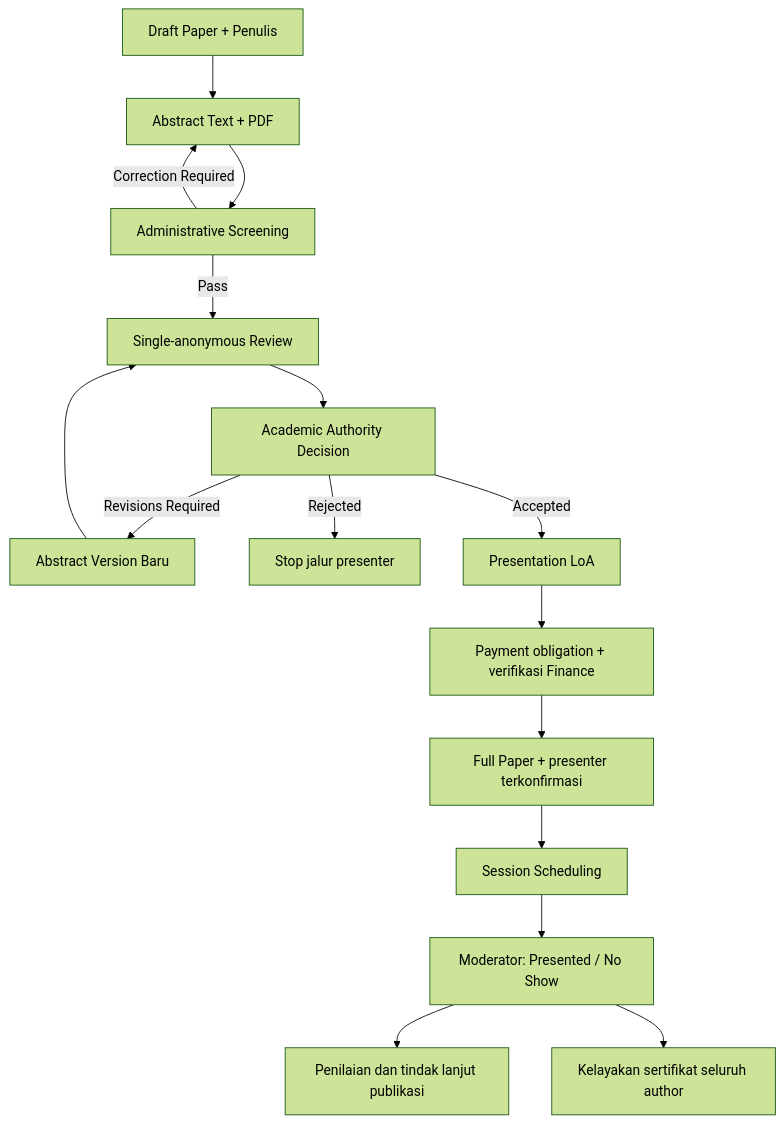
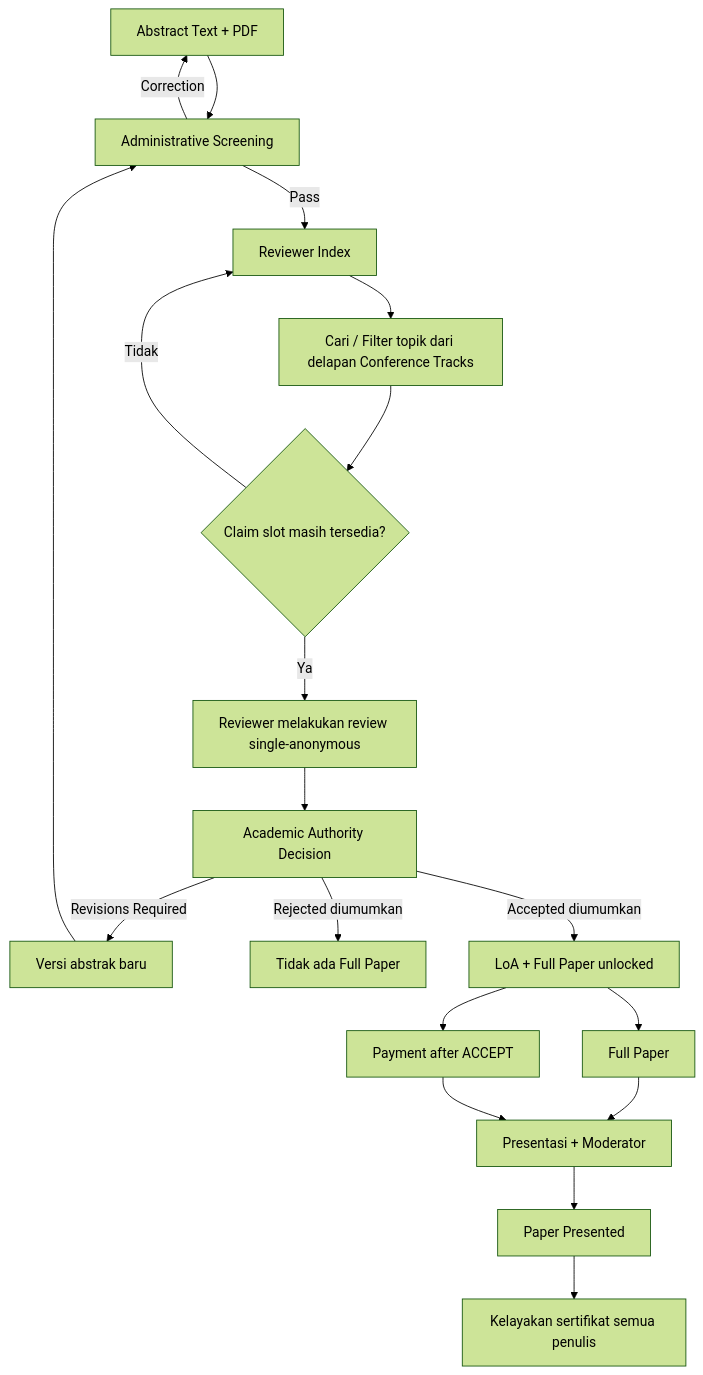
Before and after one commit to akhmadafnan/iches-unisya: the diagram in docs/03-SUBMISSION-REVIEW-AKADEMIK.md, drawn with Mermaid (forest theme). The commit also changed other lines of this file and 6 other files, not shown here.

Commit message:
docs: adopt Co-Host correction, reviewer topic self-claim and decision-triggered full paper

````diff
--- a/docs/03-SUBMISSION-REVIEW-AKADEMIK.md
+++ b/docs/03-SUBMISSION-REVIEW-AKADEMIK.md
@@ -32,18 +34,21 @@
 ```mermaid
 flowchart TD
-  A["Draft Paper + Penulis"] --> B["Abstract Text + PDF"]
-  B --> C["Administrative Screening"]
-  C -->|Correction Required| B
-  C -->|Pass| D["Single-anonymous Review"]
-  D --> E["Academic Authority Decision"]
-  E -->|Revisions Required| F["Abstract Version Baru"]
-  F --> D
-  E -->|Rejected| R["Stop jalur presenter"]
-  E -->|Accepted| G["Presentation LoA"]
-  G --> H["Payment obligation + verifikasi Finance"]
-  H --> I["Full Paper + presenter terkonfirmasi"]
-  I --> J["Session Scheduling"]
-  J --> K["Moderator: Presented / No Show"]
-  K --> L["Penilaian dan tindak lanjut publikasi"]
-  K --> M["Kelayakan sertifikat seluruh author"]
+  A["Abstract Text + PDF"] --> B["Administrative Screening"]
+  B -->|Correction| A
+  B -->|Pass| C["Reviewer Index"]
+  C --> D["Cari / Filter topik dari delapan Conference Tracks"]
+  D --> E{"Claim slot masih tersedia?"}
+  E -->|Ya| F["Reviewer melakukan review single-anonymous"]
+  E -->|Tidak| C
+  F --> G["Academic Authority Decision"]
+  G -->|Revisions Required| H["Versi abstrak baru"]
+  H --> B
+  G -->|Rejected diumumkan| R["Tidak ada Full Paper"]
+  G -->|Accepted diumumkan| I["LoA + Full Paper unlocked"]
+  I --> J["Full Paper"]
+  I --> K["Payment after ACCEPT"]
+  J --> L["Presentasi + Moderator"]
+  K --> L
+  L --> M["Paper Presented"]
+  M --> N["Kelayakan sertifikat semua penulis"]
 ```
````
